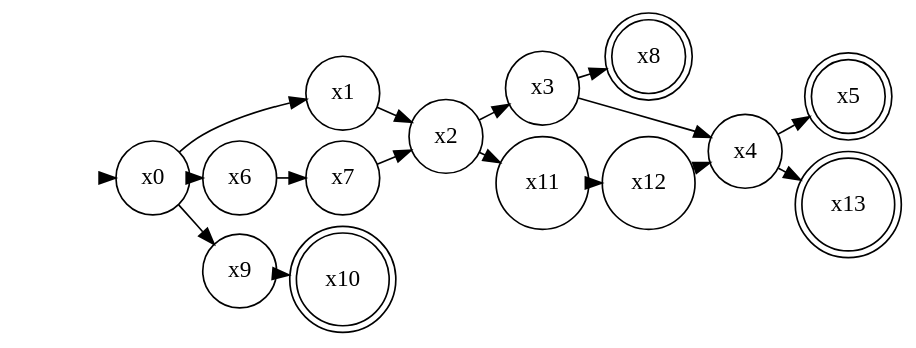
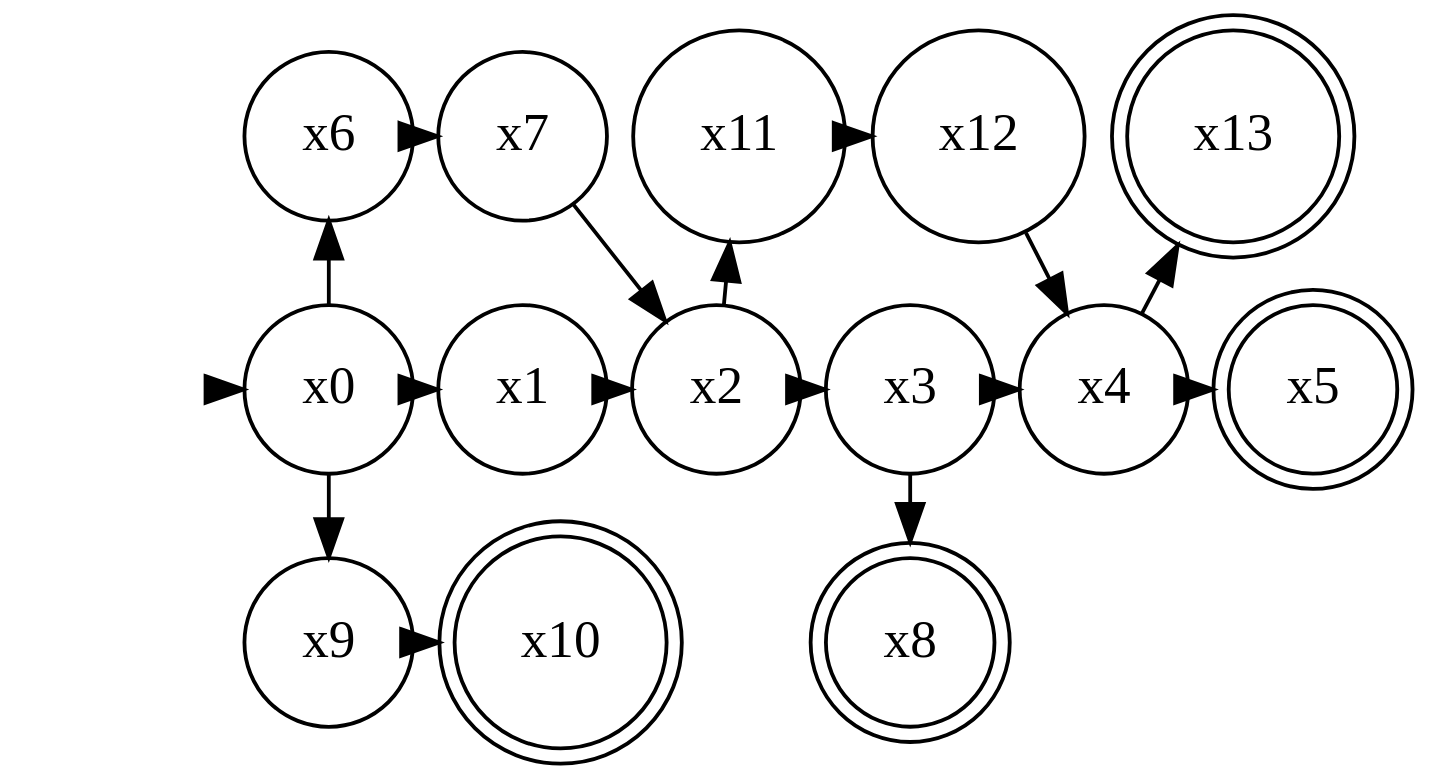
The diagram in figures/example/examplek2.dot (Accacio/docsTCC), drawn with Graphviz before and after one commit. The commit also changed 9 other files, not shown here.

```diff
--- a/figures/example/examplek2.dot
+++ b/figures/example/examplek2.dot
@@ -1,33 +1,37 @@
 digraph a {
-rankdir=LR;
+rankdir=TB;
 # splines = ortho
-ratio=fill
+splines = false
+# ratio=fill
 graph [pad="0.01", nodesep="0.1", ranksep="0.01"];
 node [shape=circle];
 margin=0;
 {rank =same;}
-# size="11.7,8.3!";
+{rank = source; x6;x7;x11;x12;x13}
+{rank = same; init;x0;x1;x2;x3;x4;x5}
+{rank = same; x8;x9;x10}
+size="11.7,8.3!";
 init [style=invis]
 init -> x0
 x5 [shape=doublecircle];
 x8 [shape=doublecircle];
 x13 [shape=doublecircle];
 x10 [shape=doublecircle];
 
 x0 -> x1 [texlbl="\scriptsize ⬆2,\{1\}"]
 x1 -> x2 [texlbl="\scriptsize ⬇1⬆3,\{1\}"]
 x2 -> x3 [texlbl="\scriptsize ⬇2⬇3,\{1\}"]
 x3 -> x4 [texlbl="\scriptsize ⬆3,\{1\}"]
 x4 -> x5 [texlbl="\scriptsize ⬆1⬇3,\{1\}"]
 x0 -> x6 [texlbl="\scriptsize ⬇1,\{2,4\}"]
 x6 -> x7 [texlbl="\scriptsize ⬆1⬆2,\{2,4\}"]
 x7 -> x2 [texlbl="\scriptsize ⬇1⬆3,\{2,4\}"]
 x3 -> x8 [texlbl="\scriptsize ⬆1,\{2\}"]
 x0 -> x9 [texlbl="\scriptsize ⬇1⬆2⬆3,\{3\}"]
 x9 -> x10 [texlbl="\scriptsize ⬆1⬇2⬇3,\{3\}"]
 x2 -> x11 [texlbl="\scriptsize ⬆1,\{4\}"]
 x11 -> x12 [texlbl="\scriptsize ⬇1⬇2⬇3,\{4\}"]
 x12 -> x4 [texlbl="\scriptsize ⬆3,\{4\}"]
 x4 -> x13 [texlbl="\scriptsize ⬆1⬆2⬇3,\{4\}"]
 
 }
```
